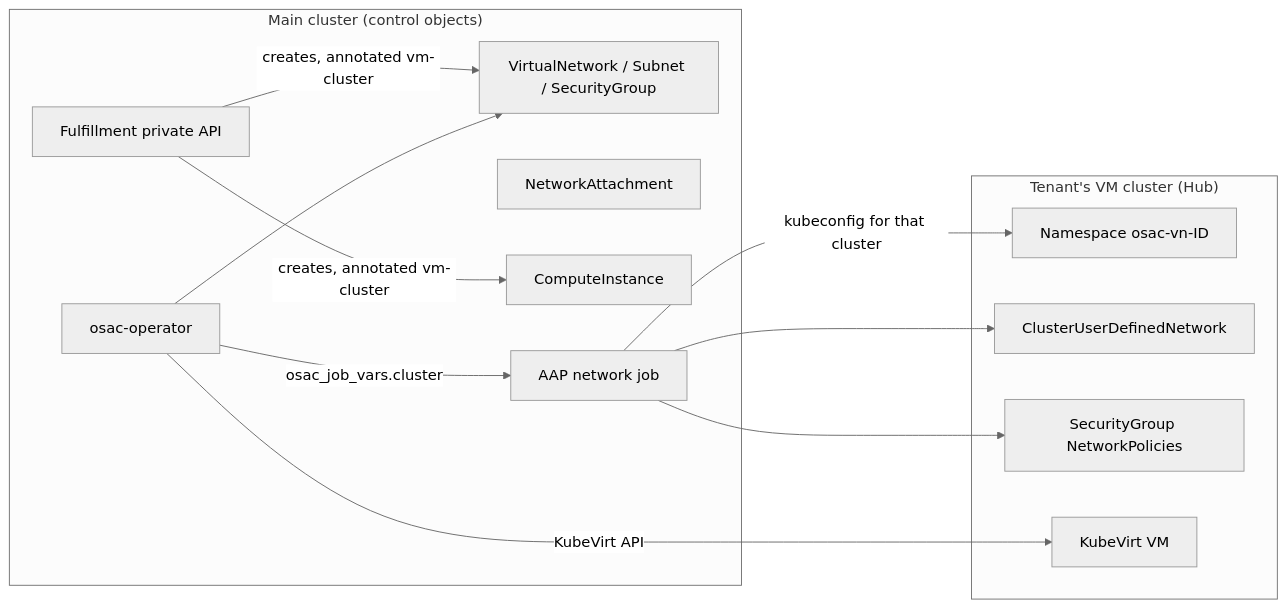
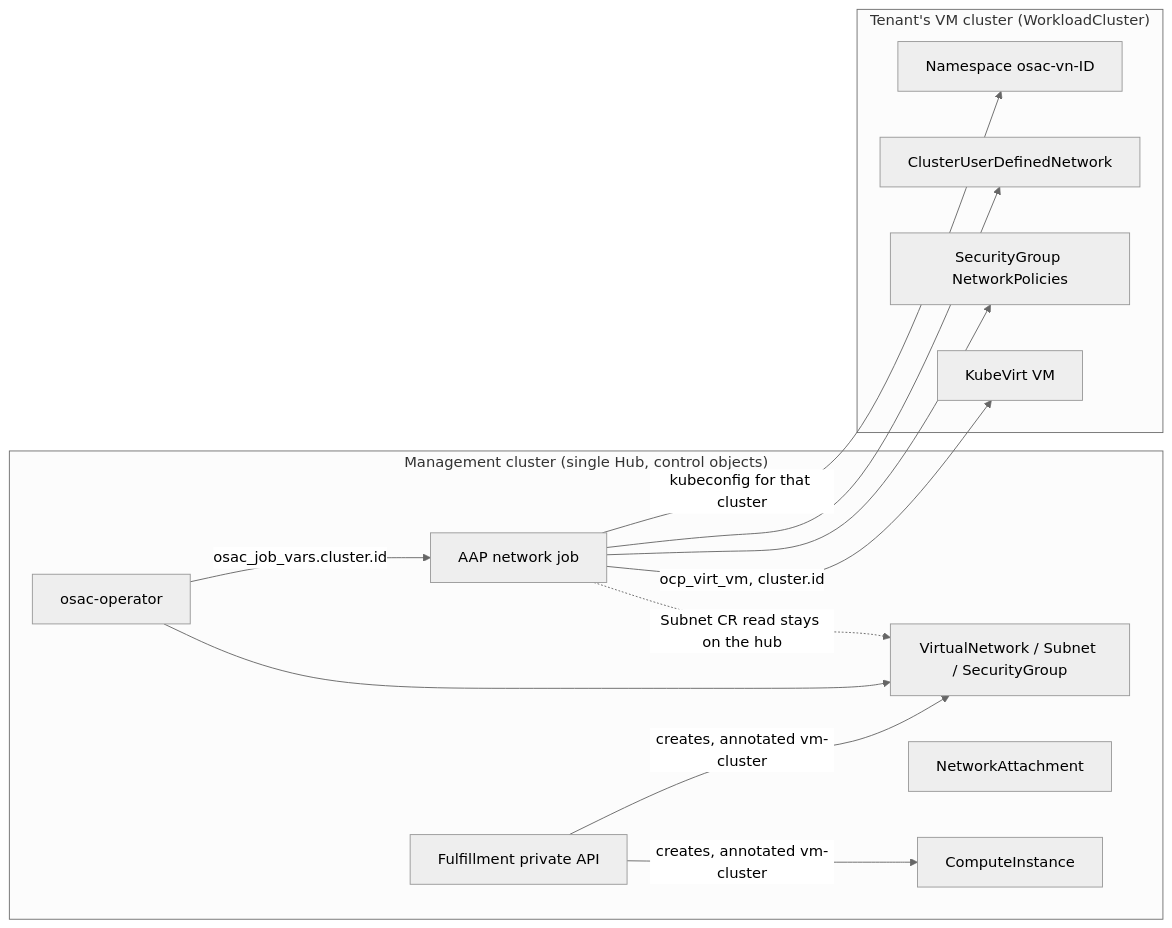
The diagram in enhancements/OSAC-7305-remote-vm-cluster-networking/design.md (osac-project/enhancement-proposals), drawn with Mermaid (neutral theme) before and after one commit. The commit also changed other lines of this file and 1 other file, not shown here.

First line of the commit message:
OSAC-7308: target tenant VMs through WorkloadCluster

````diff
--- a/enhancements/OSAC-7305-remote-vm-cluster-networking/design.md
+++ b/enhancements/OSAC-7305-remote-vm-cluster-networking/design.md
@@ -130,25 +149,26 @@
 ```mermaid
 flowchart LR
-    subgraph Main["Main cluster (control objects)"]
+    subgraph Main["Management cluster (single Hub, control objects)"]
         API[Fulfillment private API]
         VN[VirtualNetwork / Subnet / SecurityGroup]
         NA[NetworkAttachment]
         CI[ComputeInstance]
         OP[osac-operator]
         AAP[AAP network job]
     end
-    subgraph VM["Tenant's VM cluster (Hub)"]
+    subgraph VM["Tenant's VM cluster (WorkloadCluster)"]
         NS[Namespace osac-vn-ID]
         CUDN[ClusterUserDefinedNetwork]
         NP[SecurityGroup NetworkPolicies]
         KVV[KubeVirt VM]
     end
     API -->|creates, annotated vm-cluster| VN
     API -->|creates, annotated vm-cluster| CI
     OP --> VN
-    OP -->|osac_job_vars.cluster| AAP
+    OP -->|osac_job_vars.cluster.id| AAP
     AAP -->|kubeconfig for that cluster| NS
     AAP --> CUDN
     AAP --> NP
-    OP -->|KubeVirt API| KVV
+    AAP -->|ocp_virt_vm, cluster.id| KVV
+    AAP -.->|Subnet CR read stays on the hub| VN
 ```
````
